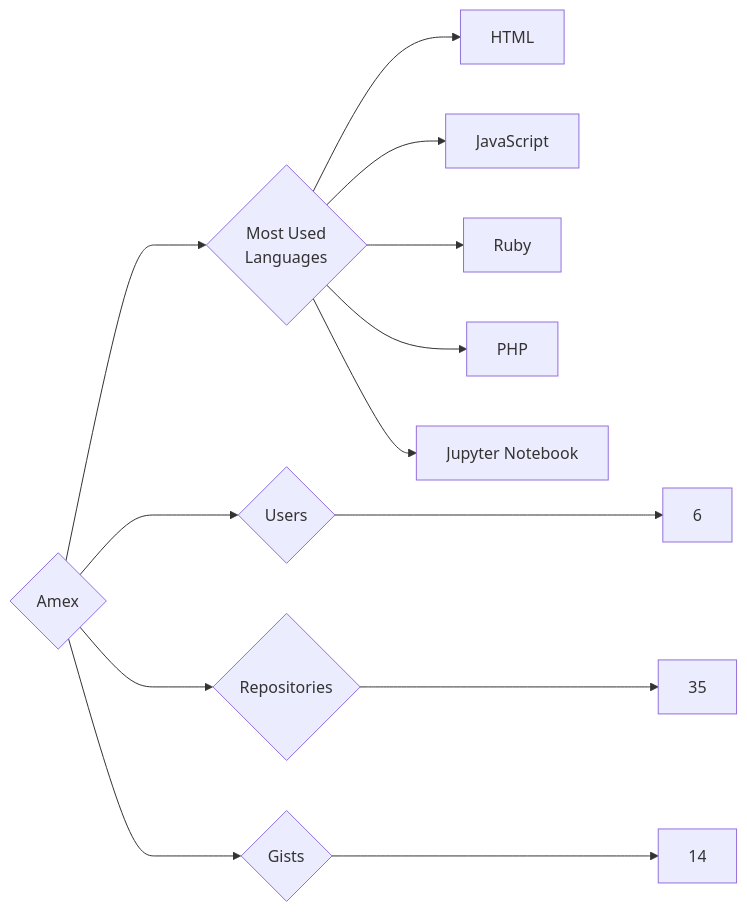
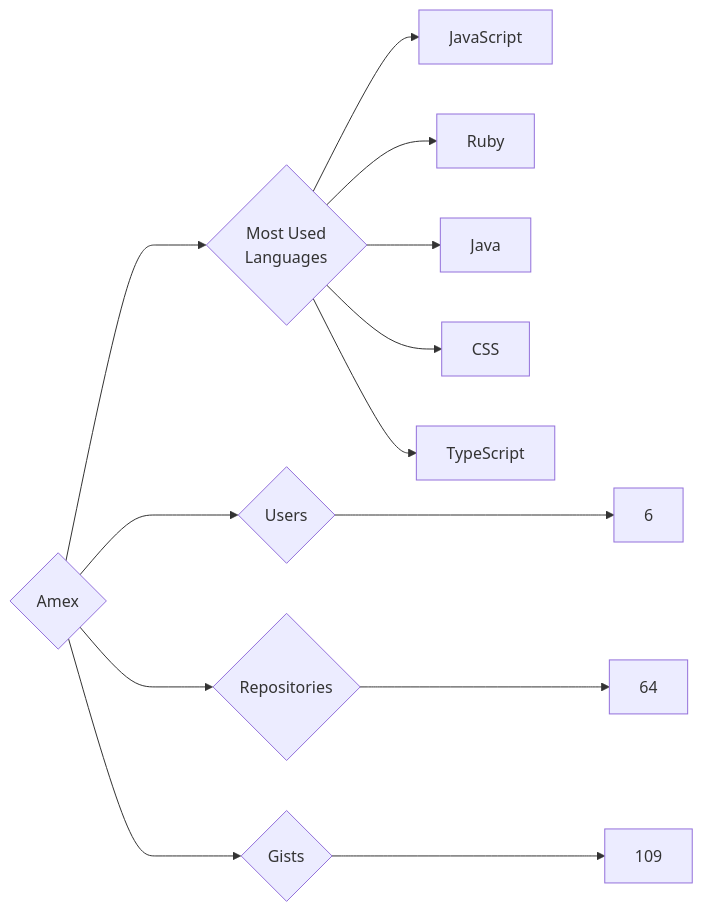
Before and after one commit to trickest/insiders: the diagram in targets/Amex/README.md, drawn with Mermaid. The commit also changed 1212 other files, not shown here.

````diff
--- a/targets/Amex/README.md
+++ b/targets/Amex/README.md
@@ -3,13 +3,13 @@
 ```mermaid
 graph LR
 COMPANY_NAME{Amex}
 COMPANY_NAME ---> U{Users} ---> UN[6]
-COMPANY_NAME ---> R{Repositories} ---> RN[35]
-COMPANY_NAME ---> G{Gists} ---> GN[14]
+COMPANY_NAME ---> R{Repositories} ---> RN[64]
+COMPANY_NAME ---> G{Gists} ---> GN[109]
 COMPANY_NAME ---> ML{Most Used<br>Languages}
-ML --> HTML[HTML]
 ML --> JavaScript[JavaScript]
 ML --> Ruby[Ruby]
-ML --> PHP[PHP]
-ML --> Jupyter_Notebook[Jupyter Notebook]
+ML --> Java[Java]
+ML --> CSS[CSS]
+ML --> TypeScript[TypeScript]
 ```
````
